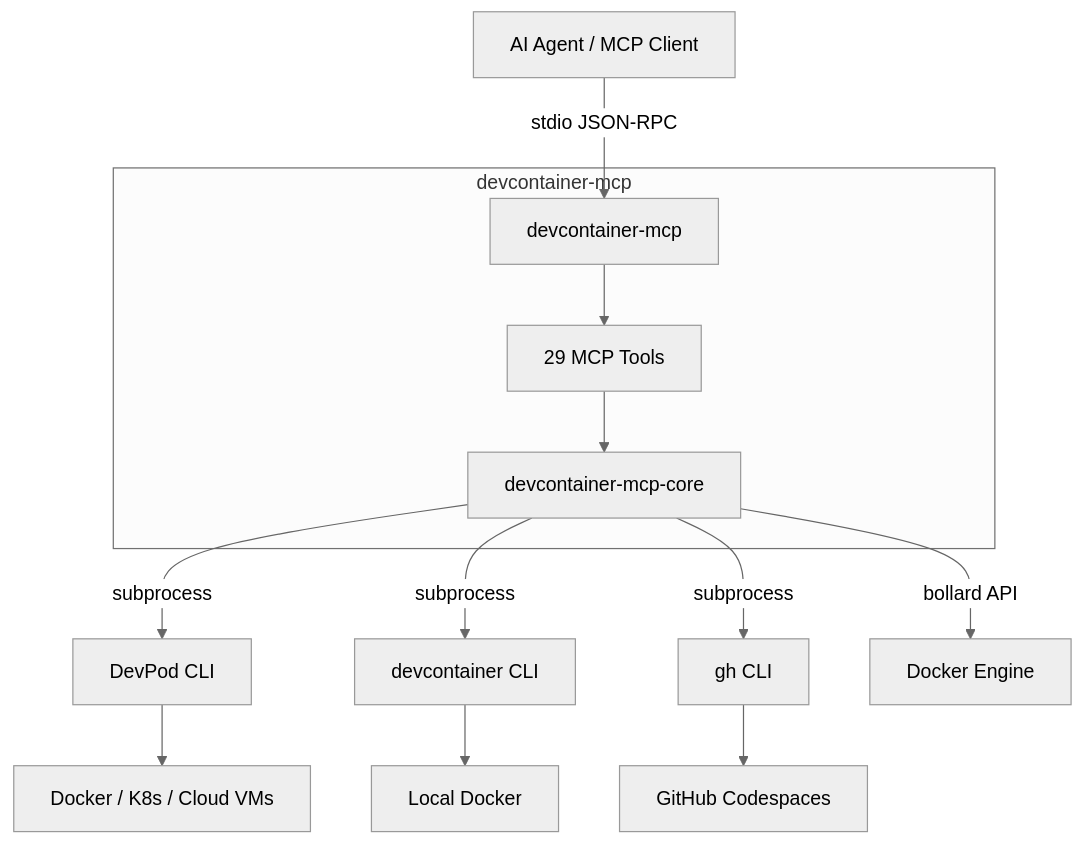
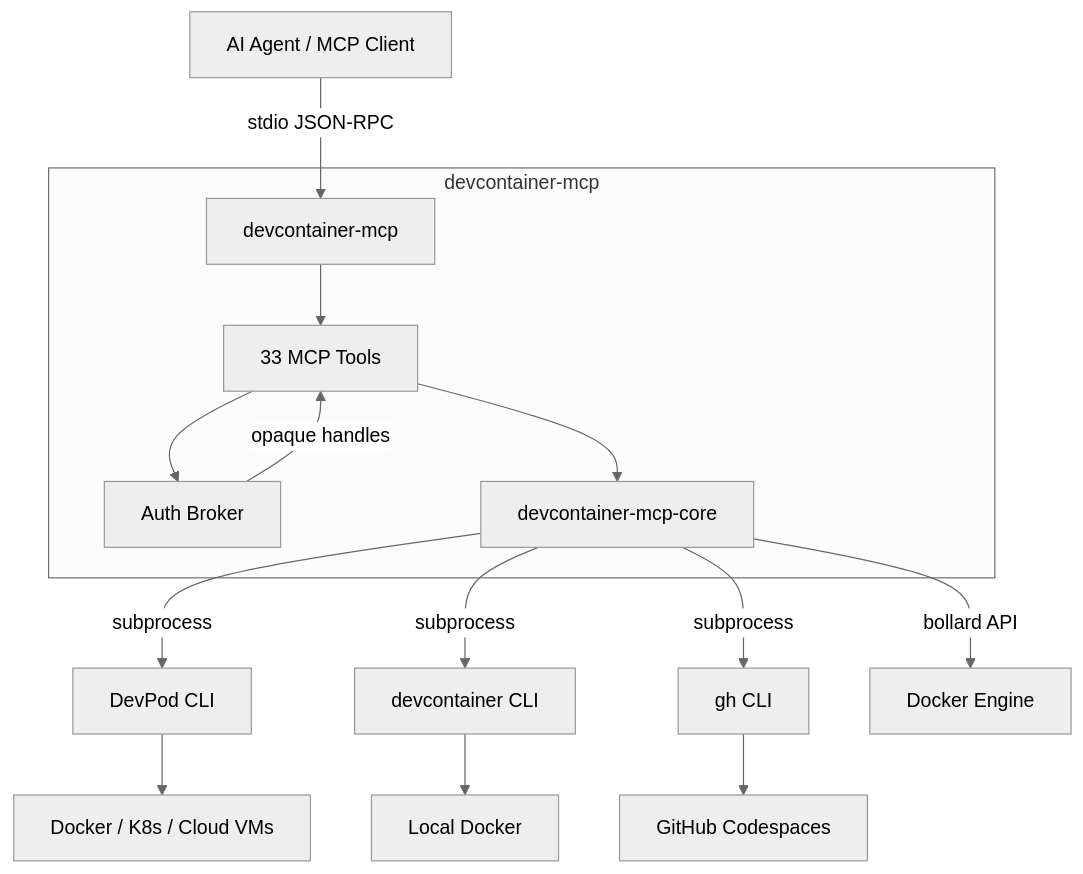
Before and after one commit to aniongithub/devpod-mcp: the diagram in README.md, drawn with Mermaid (neutral theme). The commit also changed other lines of this file and 8 other files, not shown here.

````diff
--- a/README.md
+++ b/README.md
@@ -26,18 +49,20 @@
 ```mermaid
 graph TD
     A[AI Agent / MCP Client] -->|stdio JSON-RPC| B[devcontainer-mcp]
     
     subgraph "devcontainer-mcp"
-        B --> C[29 MCP Tools]
-        C --> D[devcontainer-mcp-core]
+        B --> C[33 MCP Tools]
+        C --> D[Auth Broker]
+        C --> E[devcontainer-mcp-core]
     end
     
-    D -->|subprocess| E[DevPod CLI]
-    D -->|subprocess| F[devcontainer CLI]
-    D -->|subprocess| G[gh CLI]
-    D -->|bollard API| H[Docker Engine]
+    D -->|opaque handles| C
+    E -->|subprocess| F[DevPod CLI]
+    E -->|subprocess| G[devcontainer CLI]
+    E -->|subprocess| H[gh CLI]
+    E -->|bollard API| I[Docker Engine]
     
-    E --> I[Docker / K8s / Cloud VMs]
-    F --> J[Local Docker]
-    G --> K[GitHub Codespaces]
+    F --> J[Docker / K8s / Cloud VMs]
+    G --> K[Local Docker]
+    H --> L[GitHub Codespaces]
 ```
````
